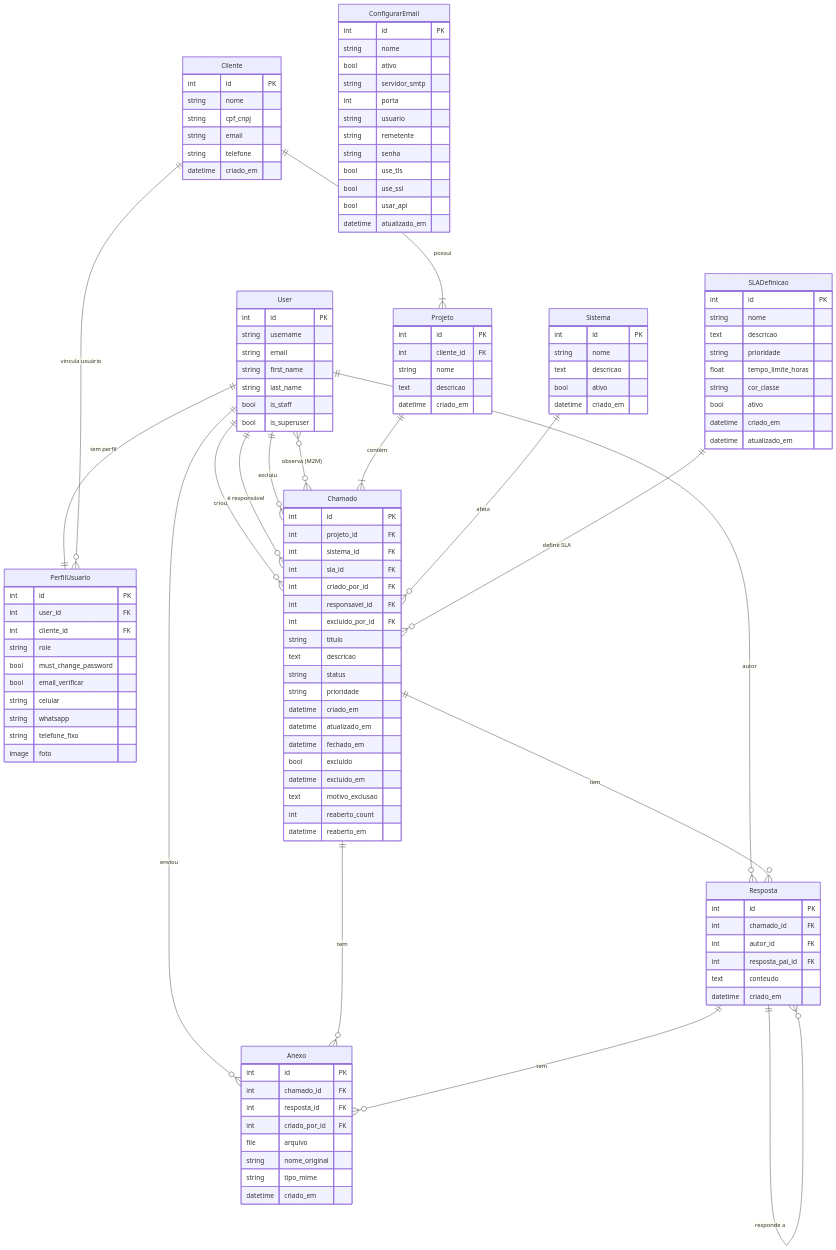
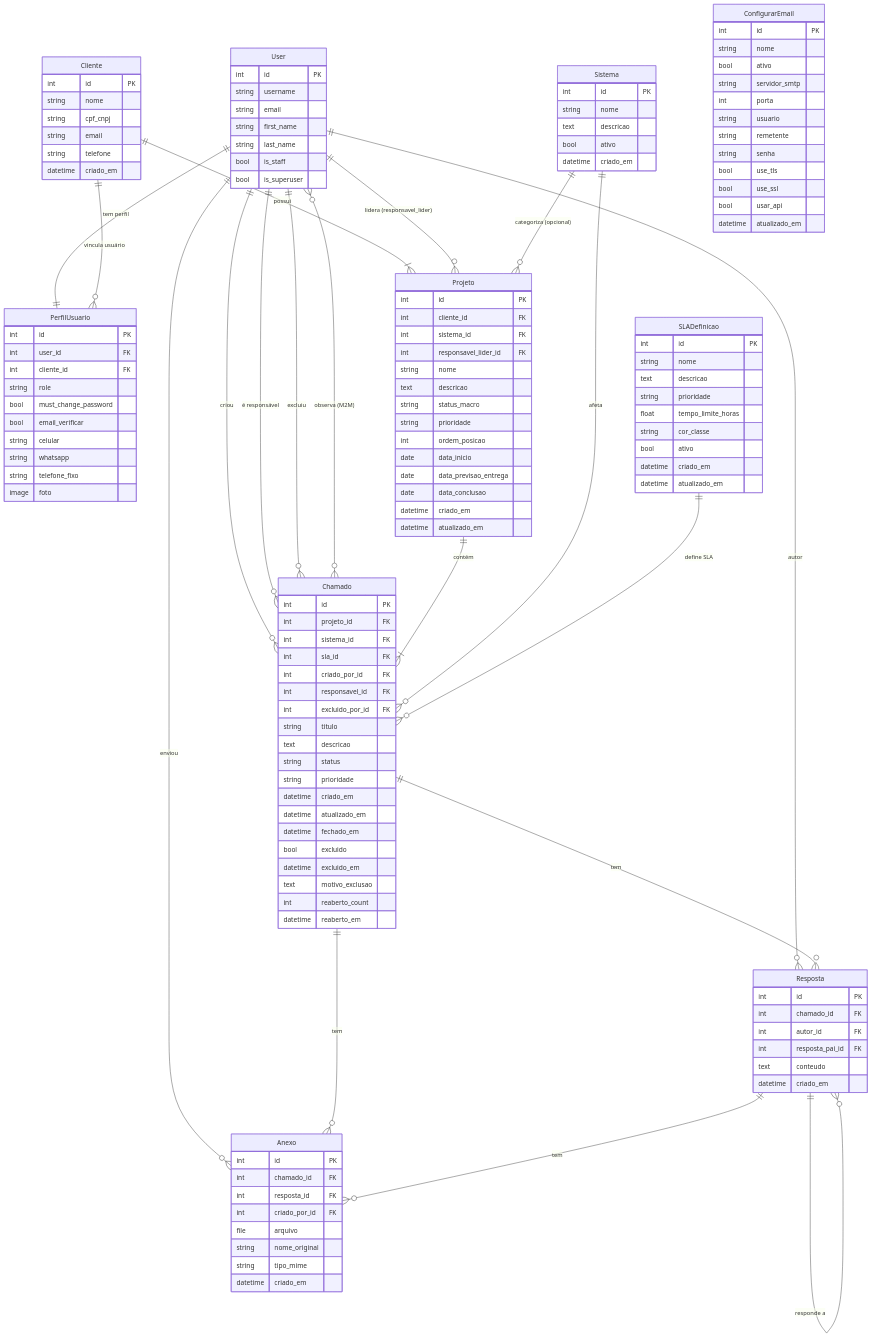
Before and after one commit to Eddy8080/Digiana-Chamados: the diagram in chamados.md, drawn with Mermaid. The commit also changed other lines of this file and 2 other files, not shown here.

```diff
--- a/chamados.md
+++ b/chamados.md
@@ -45,9 +45,18 @@
     Projeto {
         int id PK
         int cliente_id FK
+        int sistema_id FK
+        int responsavel_lider_id FK
         string nome
         text descricao
+        string status_macro
+        string prioridade
+        int ordem_posicao
+        date data_inicio
+        date data_previsao_entrega
+        date data_conclusao
         datetime criado_em
+        datetime atualizado_em
     }
 
     Sistema {
@@ -141,6 +150,10 @@
     Cliente   ||--o{ PerfilUsuario   : "vincula usuário"
     Projeto   ||--|{ Chamado         : "contém"
 
+    %% ── Kanban de Projetos ──────────────────────────────────
+    User      ||--o{ Projeto         : "lidera (responsavel_lider)"
+    Sistema   ||--o{ Projeto         : "categoriza (opcional)"
+
     %% ── Vínculos opcionais do Chamado ──────────────────────
     Sistema      ||--o{ Chamado      : "afeta"
     SLADefinicao ||--o{ Chamado      : "define SLA"
```
